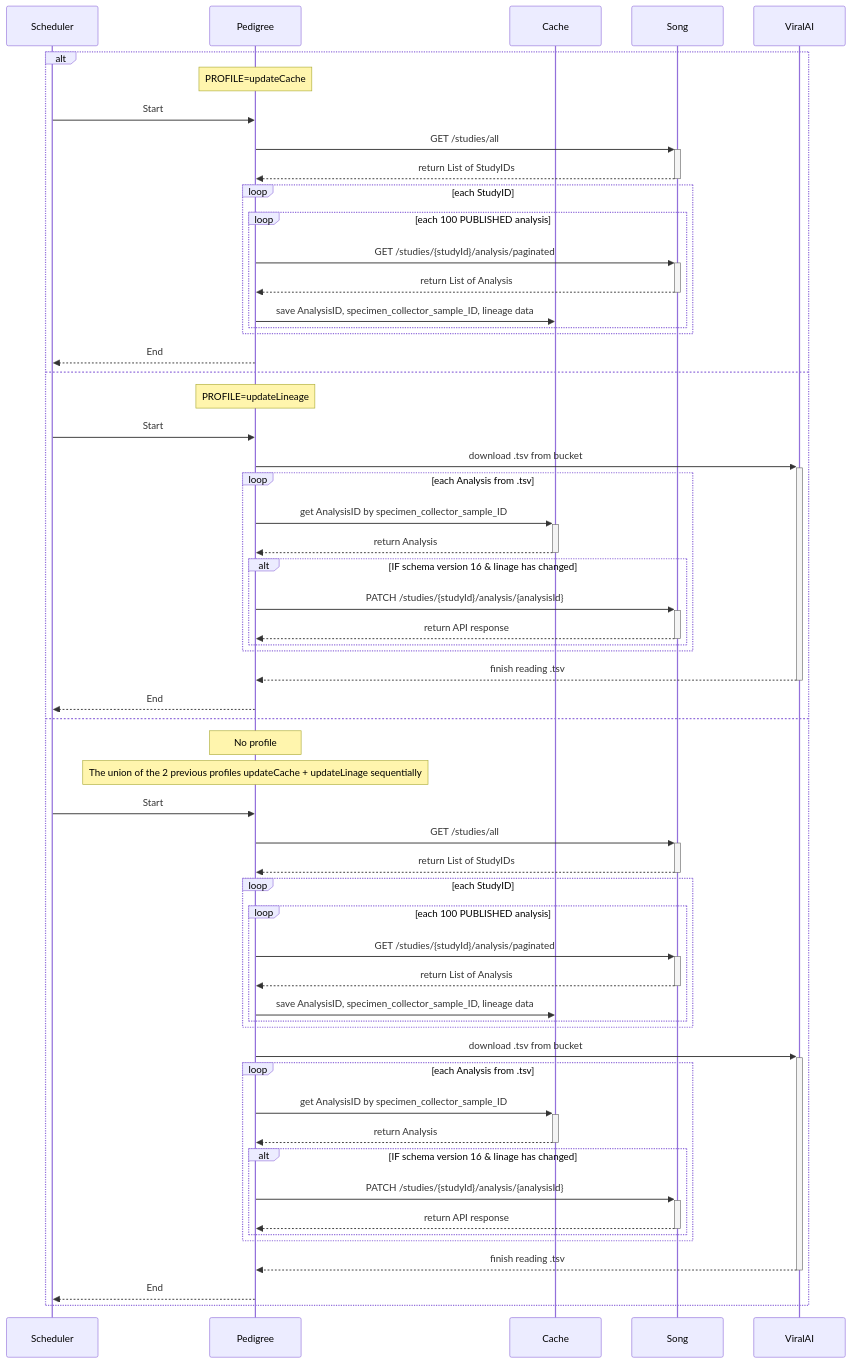
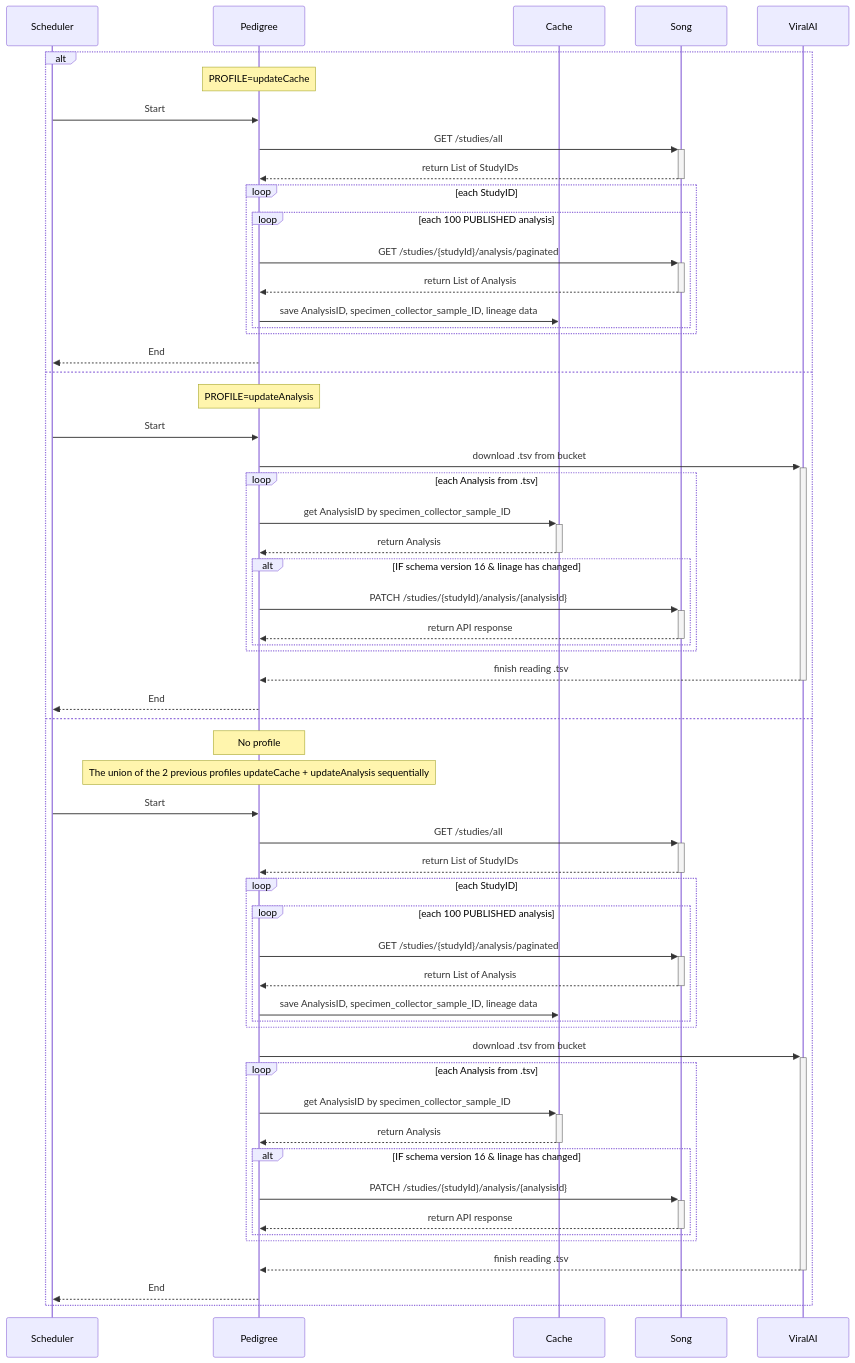
The diagram in doc/sequenceDiagram.md (virusseq/pedigree), drawn with Mermaid before and after one commit. The commit also changed 8 other files, not shown here.

```diff
--- a/doc/sequenceDiagram.md
+++ b/doc/sequenceDiagram.md
@@ -5,12 +5,12 @@
     participant Pedigree
     participant Cache
     participant Song
-    
-    alt 
-    
+
+    alt
+
         note over Pedigree: PROFILE=updateCache
-        
-            Scheduler->>Pedigree: Start 
+
+            Scheduler->>Pedigree: Start
 
             Pedigree->>+Song: GET /studies/all
             Song-->>-Pedigree: return List of StudyIDs
@@ -22,14 +22,14 @@
                     Pedigree->>Cache: save AnalysisID, specimen_collector_sample_ID, lineage data
                 end
             end
-        
+
         Pedigree-->>Scheduler: End
-        
-    else 
-    
-        note over Pedigree: PROFILE=updateLineage
-        
-        Scheduler->>Pedigree: Start 
+
+    else
+
+        note over Pedigree: PROFILE=updateAnalysis
+
+        Scheduler->>Pedigree: Start
 
             Pedigree->>+ViralAI: download .tsv from bucket
 
@@ -48,16 +48,16 @@
             end
 
             ViralAI-->>-Pedigree: finish reading .tsv
-            
+
         Pedigree-->>Scheduler: End
-        
+
     else
-        
+
         note over Pedigree: No profile
-        
-        note over Pedigree: The union of the 2 previous profiles updateCache + updateLinage sequentially
-        
-        Scheduler->>Pedigree: Start 
+
+        note over Pedigree: The union of the 2 previous profiles updateCache + updateAnalysis sequentially
+
+        Scheduler->>Pedigree: Start
 
             Pedigree->>+Song: GET /studies/all
             Song-->>-Pedigree: return List of StudyIDs
@@ -88,7 +88,7 @@
             end
 
             ViralAI-->>-Pedigree: finish reading .tsv
-        
+
         Pedigree-->>Scheduler: End
 
     end
```
